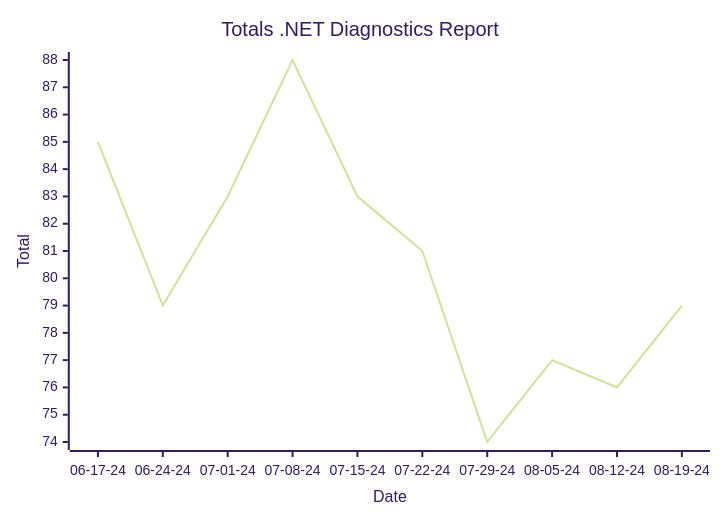
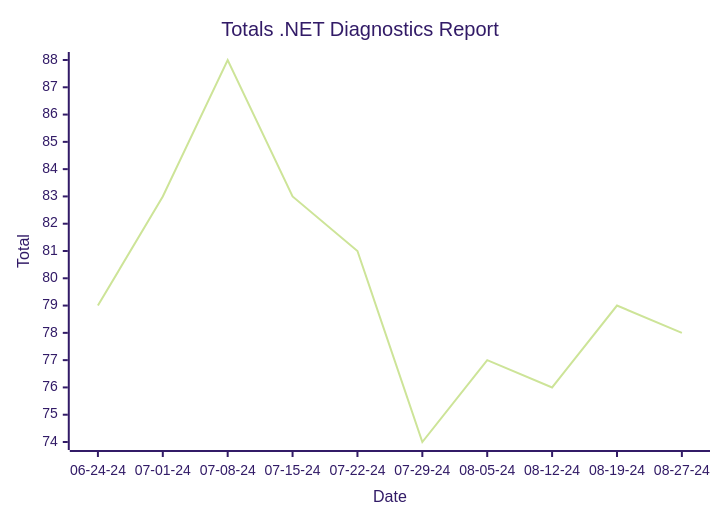
One commit to hoyosjs/gh-issue-tracker changed the first of 2 diagrams in reports/README.md. Above: the diagram before and after it, drawn with Mermaid (forest theme). The commit also changed other lines of this file and 4 other files, not shown here.

````diff
--- a/reports/README.md
+++ b/reports/README.md
@@ -7,7 +7,7 @@
 ```mermaid
 xychart-beta
   title "Totals .NET Diagnostics Report"
-  x-axis "Date" ["06-17-24", "06-24-24", "07-01-24", "07-08-24", "07-15-24", "07-22-24", "07-29-24", "08-05-24", "08-12-24", "08-19-24"]
+  x-axis "Date" ["06-24-24", "07-01-24", "07-08-24", "07-15-24", "07-22-24", "07-29-24", "08-05-24", "08-12-24", "08-19-24", "08-27-24"]
   y-axis "Total"
-  line [85, 79, 83, 88, 83, 81, 74, 77, 76, 79]
+  line [79, 83, 88, 83, 81, 74, 77, 76, 79, 78]
 ```
````
